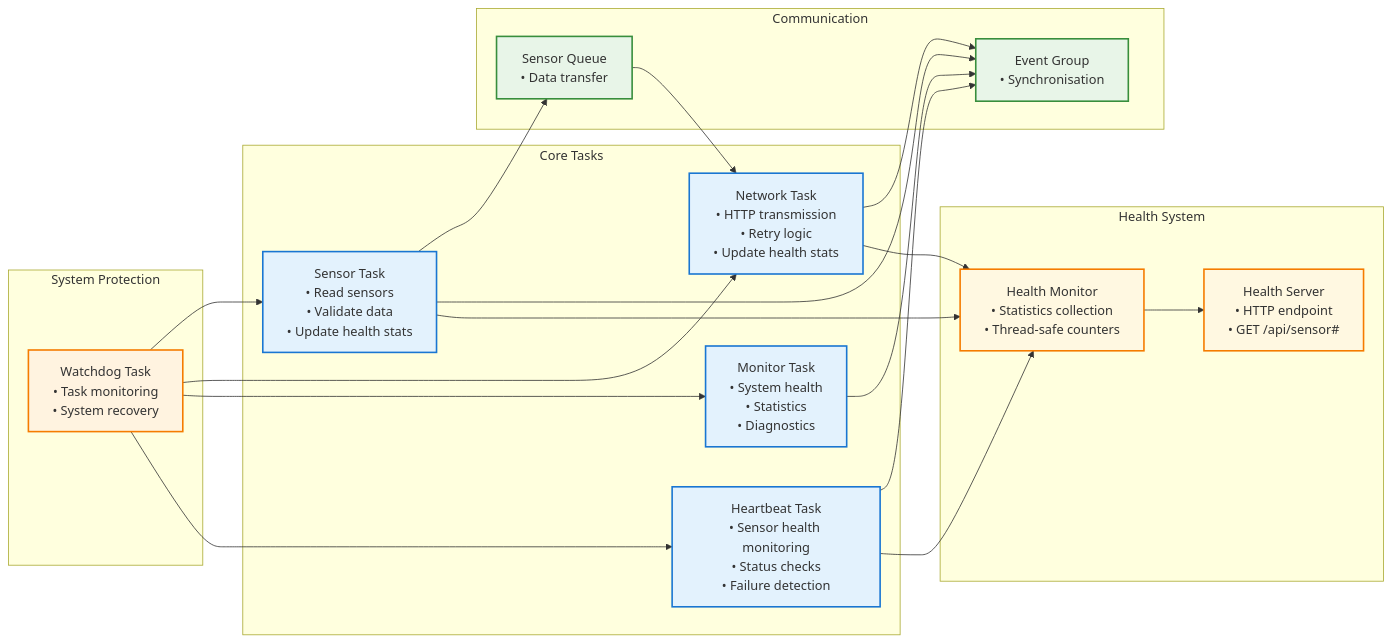
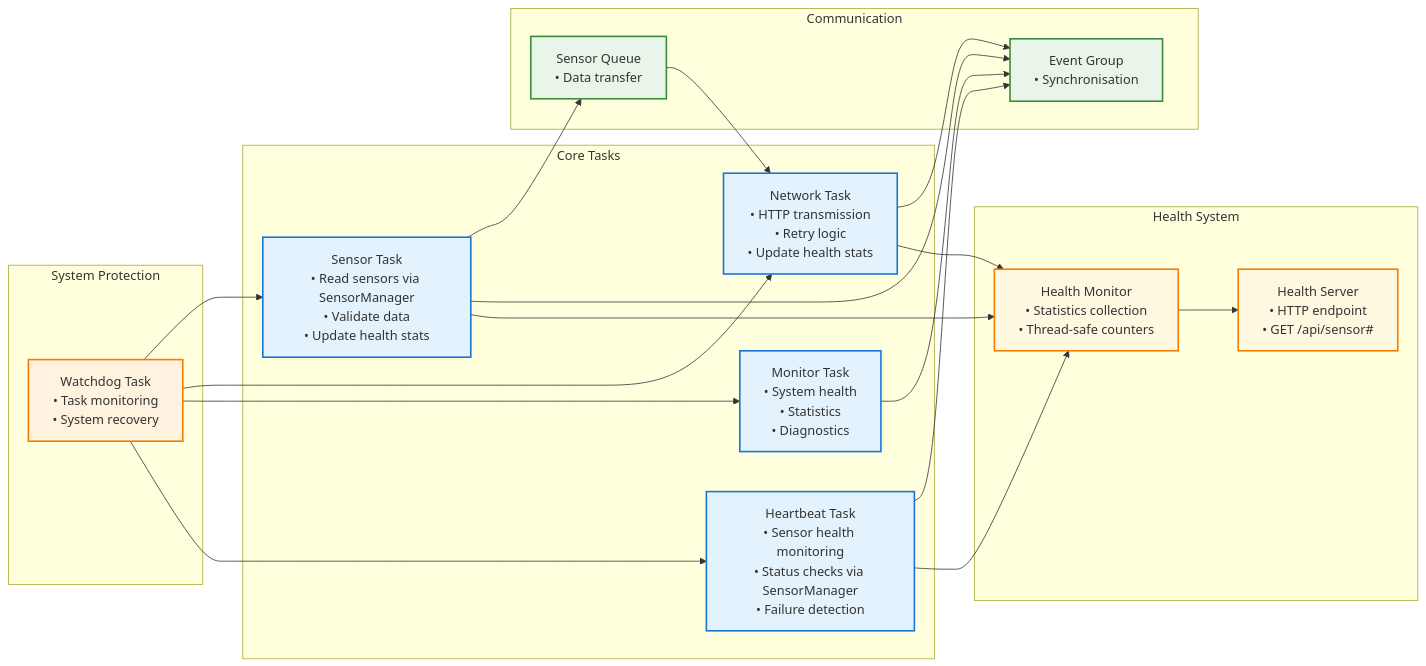
The third of 5 diagrams in README.md (TimWeber/ESP32-Environmental-Monitor), drawn with Mermaid before and after one commit. The commit also changed other lines of this file, not shown here.

````diff
--- a/README.md
+++ b/README.md
@@ -79,58 +102,54 @@
 ```mermaid
-
 graph LR
     subgraph "Core Tasks"
-        SENSOR[Sensor Task<br/>• Read sensors<br/>• Validate data<br/>• Update health stats]
+        SENSOR[Sensor Task<br/>• Read sensors via SensorManager<br/>• Validate data<br/>• Update health stats]
         NETWORK[Network Task<br/>• HTTP transmission<br/>• Retry logic<br/>• Update health stats]
         MONITOR[Monitor Task<br/>• System health<br/>• Statistics<br/>• Diagnostics]
-        HEARTBEAT[Heartbeat Task<br/>• Sensor health monitoring<br/>• Status checks<br/>• Failure detection]
+        HEARTBEAT[Heartbeat Task<br/>• Sensor health monitoring<br/>• Status checks via SensorManager<br/>• Failure detection]
     end
     
     subgraph "Health System"
         HEALTH_MONITOR[Health Monitor<br/>• Statistics collection<br/>• Thread-safe counters]
         HEALTH_SERVER[Health Server<br/>• HTTP endpoint<br/>• GET /api/sensor#]
     end
     
     subgraph "System Protection"
         WATCHDOG[Watchdog Task<br/>• Task monitoring<br/>• System recovery]
     end
     
     subgraph "Communication"
         QUEUE[Sensor Queue<br/>• Data transfer]
         EVENTS[Event Group<br/>• Synchronisation]
     end
     
     %% Core task relationships
-
-
     SENSOR --> QUEUE
     QUEUE --> NETWORK
     SENSOR --> EVENTS
     NETWORK --> EVENTS
     MONITOR --> EVENTS
-
     HEARTBEAT --> EVENTS
     
     %% Health monitoring relationships
     SENSOR --> HEALTH_MONITOR
     NETWORK --> HEALTH_MONITOR
     HEARTBEAT --> HEALTH_MONITOR
     HEALTH_MONITOR --> HEALTH_SERVER
     
     %% Protection relationships
     WATCHDOG --> SENSOR
     WATCHDOG --> NETWORK
     WATCHDOG --> MONITOR
     WATCHDOG --> HEARTBEAT
     
     %% Styling
     classDef coreTask fill:#e3f2fd,stroke:#1976d2,stroke-width:2px
     classDef healthTask fill:#fff8e1,stroke:#f57c00,stroke-width:2px
     classDef protection fill:#fff3e0,stroke:#f57c00,stroke-width:2px
     classDef communication fill:#e8f5e8,stroke:#388e3c,stroke-width:2px
     
     class SENSOR,NETWORK,MONITOR,HEARTBEAT coreTask
     class HEALTH_MONITOR,HEALTH_SERVER healthTask
     class WATCHDOG protection
     class QUEUE,EVENTS communication
 ```
````
